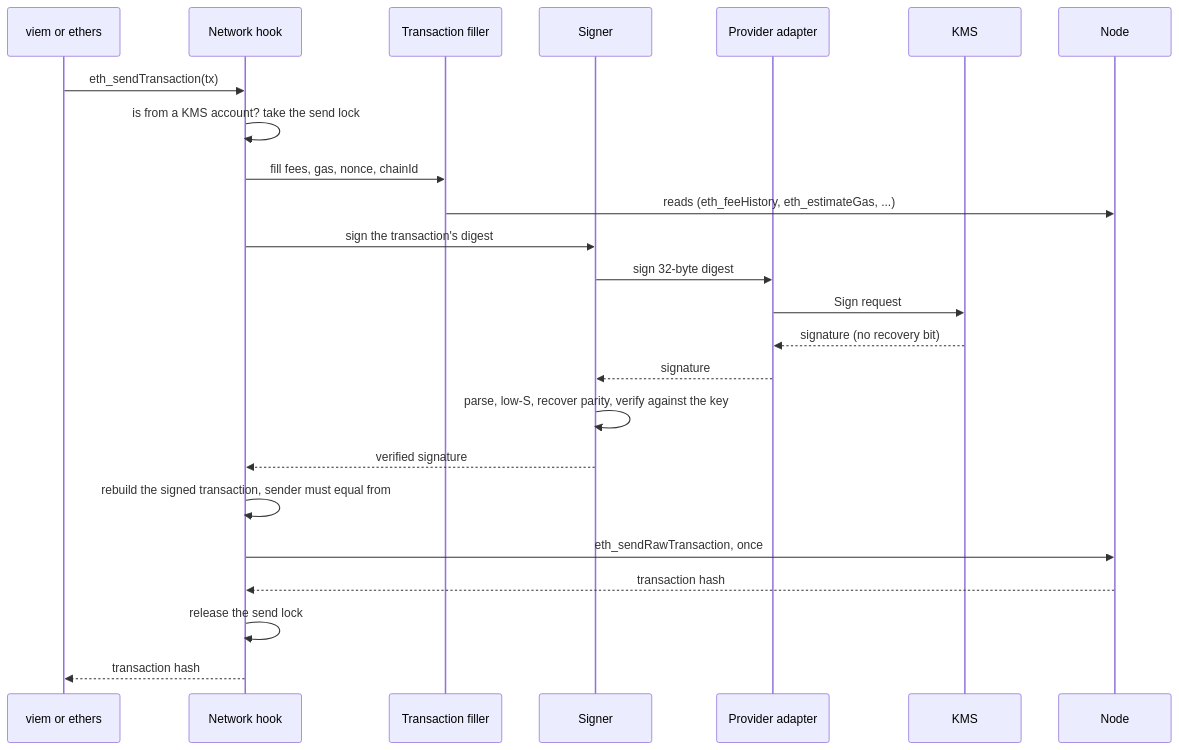
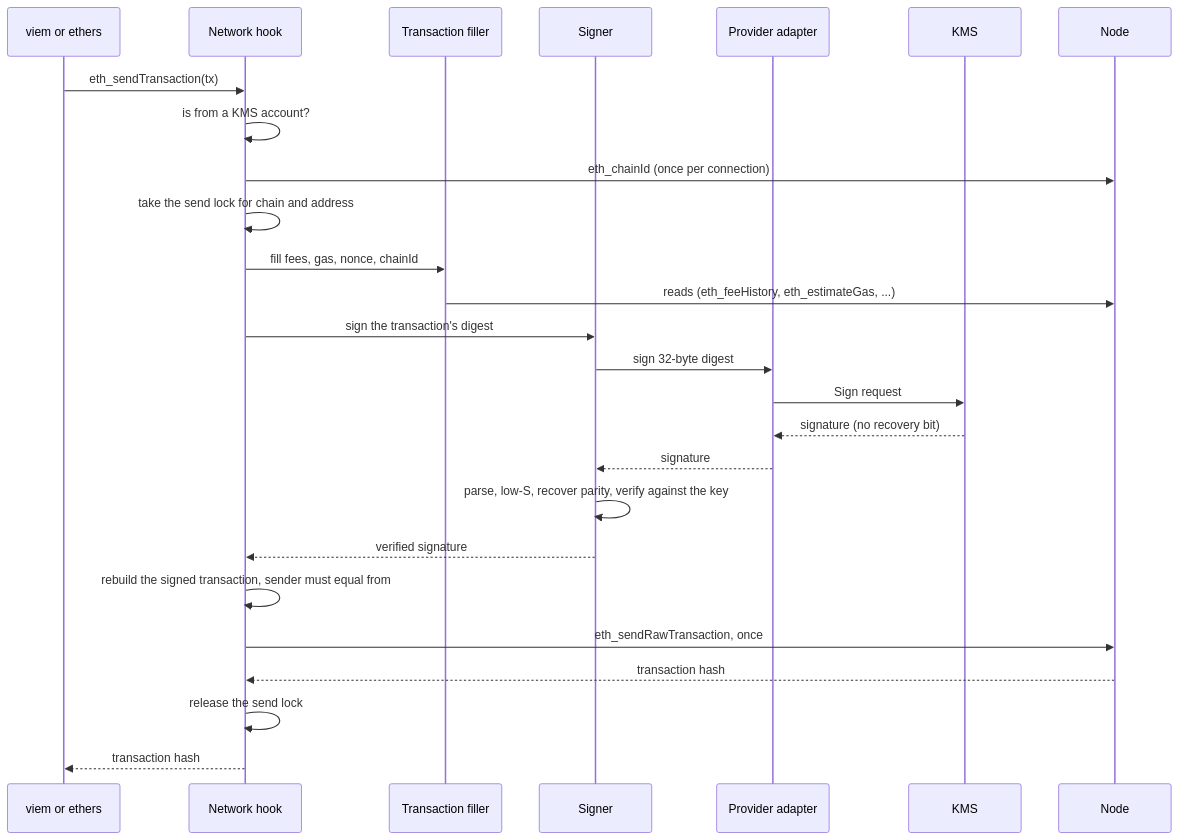
The diagram in docs/user/explanation/how-it-works.md (aelmanaa/hardhat-kms), drawn with Mermaid before and after one commit. The commit also changed other lines of this file and 1 other file, not shown here.

````diff
--- a/docs/user/explanation/how-it-works.md
+++ b/docs/user/explanation/how-it-works.md
@@ -13,26 +13,28 @@
 ```mermaid
 sequenceDiagram
   participant C as viem or ethers
   participant H as Network hook
   participant F as Transaction filler
   participant S as Signer
   participant A as Provider adapter
   participant K as KMS
   participant N as Node
   C->>H: eth_sendTransaction(tx)
-  H->>H: is from a KMS account? take the send lock
+  H->>H: is from a KMS account?
+  H->>N: eth_chainId (once per connection)
+  H->>H: take the send lock for chain and address
   H->>F: fill fees, gas, nonce, chainId
   F->>N: reads (eth_feeHistory, eth_estimateGas, ...)
   H->>S: sign the transaction's digest
   S->>A: sign 32-byte digest
   A->>K: Sign request
   K-->>A: signature (no recovery bit)
   A-->>S: signature
   S->>S: parse, low-S, recover parity, verify against the key
   S-->>H: verified signature
   H->>H: rebuild the signed transaction, sender must equal from
   H->>N: eth_sendRawTransaction, once
   N-->>H: transaction hash
   H->>H: release the send lock
   H-->>C: transaction hash
 ```
````
